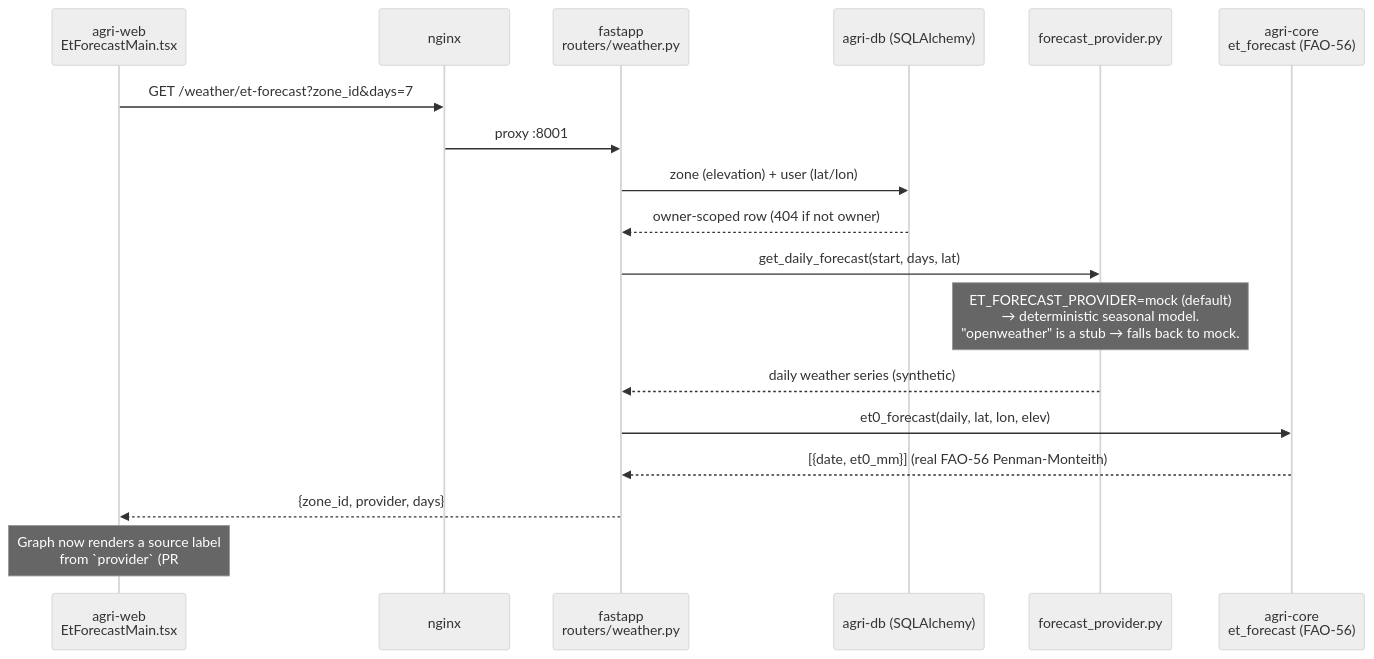
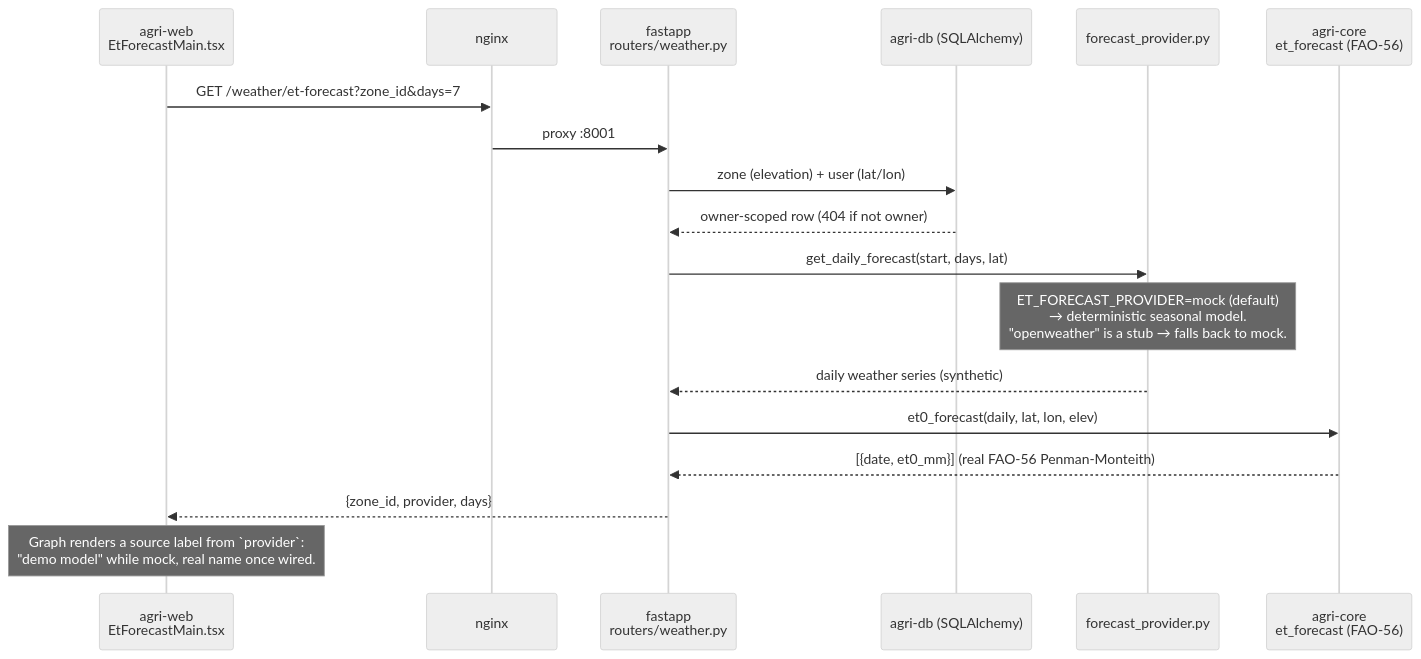
The sixth of 10 diagrams in ARCHITECTURE.md (AgriLogy/.github), drawn with Mermaid (neutral theme) before and after one commit. The commit also changed other lines of this file and 1 other file, not shown here.

First line of the commit message:
docs: refresh ARCHITECTURE.md and add CONTRIBUTING.md (#5)

````diff
--- a/ARCHITECTURE.md
+++ b/ARCHITECTURE.md
@@ -157,21 +283,21 @@
 ```mermaid
 sequenceDiagram
     participant UI as agri-web<br/>EtForecastMain.tsx
     participant NG as nginx
     participant FA as fastapp<br/>routers/weather.py
     participant DB as agri-db (SQLAlchemy)
     participant PV as forecast_provider.py
     participant CO as agri-core<br/>et_forecast (FAO-56)
 
     UI->>NG: GET /weather/et-forecast?zone_id&days=7
     NG->>FA: proxy :8001
     FA->>DB: zone (elevation) + user (lat/lon)
     DB-->>FA: owner-scoped row (404 if not owner)
     FA->>PV: get_daily_forecast(start, days, lat)
     Note over PV: ET_FORECAST_PROVIDER=mock (default)<br/>→ deterministic seasonal model.<br/>"openweather" is a stub → falls back to mock.
     PV-->>FA: daily weather series (synthetic)
     FA->>CO: et0_forecast(daily, lat, lon, elev)
     CO-->>FA: [{date, et0_mm}] (real FAO-56 Penman-Monteith)
     FA-->>UI: {zone_id, provider, days}
-    Note over UI: Graph now renders a source label<br/>from `provider` (PR #47): "demo model"<br/>while mock, real name once wired.
+    Note over UI: Graph renders a source label from `provider`:<br/>"demo model" while mock, real name once wired.
 ```
````
